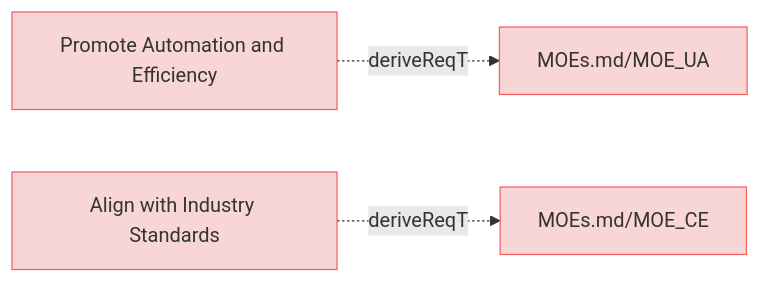
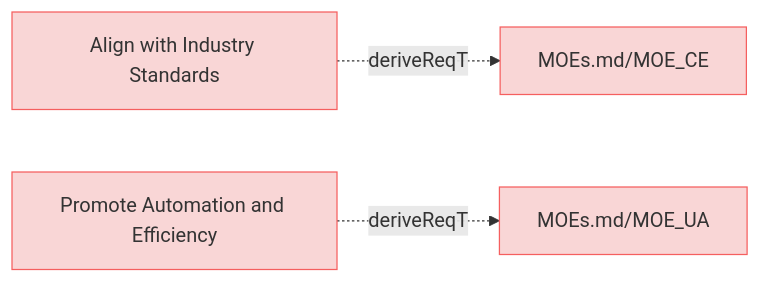
The diagram in specifications/MissionRequirements.md (reqvire-org/reqvire), drawn with Mermaid before and after one commit. The commit also changed 37 other files, not shown here.

Commit message:
Allow diagrams with blobs links when configured.

````diff
--- a/specifications/MissionRequirements.md
+++ b/specifications/MissionRequirements.md
@@ -5,23 +5,23 @@
 ```mermaid
 graph LR;
   %% Graph styling
   classDef requirement fill:#f9d6d6,stroke:#f55f5f,stroke-width:1px;
   classDef verification fill:#d6f9d6,stroke:#5fd75f,stroke-width:1px;
   classDef externalLink fill:#d0e0ff,stroke:#3080ff,stroke-width:1px;
   classDef default fill:#f5f5f5,stroke:#333333,stroke-width:1px;
 
-  c6a350266297241c["Promote Automation and Efficiency"];
-  click c6a350266297241c "MissionRequirements.md#promote-automation-and-efficiency";
-  class c6a350266297241c requirement;
-  6c33f565725d5e41["MOEs.md/MOE_UA"];
-  class 6c33f565725d5e41 requirement;
-  click 6c33f565725d5e41 "MOEs.md#moe_ua";
-  c6a350266297241c -.->|deriveReqT| 6c33f565725d5e41;
-  7bb378c4c85436b3["Align with Industry Standards"];
-  click 7bb378c4c85436b3 "MissionRequirements.md#align-with-industry-standards";
-  class 7bb378c4c85436b3 requirement;
-  ac59f565725d5e41["MOEs.md/MOE_CE"];
-  class ac59f565725d5e41 requirement;
-  click ac59f565725d5e41 "MOEs.md#moe_ce";
-  7bb378c4c85436b3 -.->|deriveReqT| ac59f565725d5e41;
+  b74eec7ed767e7c["Align with Industry Standards"];
+  click b74eec7ed767e7c "specifications/MissionRequirements.md#align-with-industry-standards#align-with-industry-standards";
+  class b74eec7ed767e7c requirement;
+  e9ad540a6411a0fc["MOEs.md/MOE_CE"];
+  class e9ad540a6411a0fc requirement;
+  click e9ad540a6411a0fc "specifications/MOEs.md#moe_ce#moe_ce";
+  b74eec7ed767e7c -.->|deriveReqT| e9ad540a6411a0fc;
+  80166c5161b33956["Promote Automation and Efficiency"];
+  click 80166c5161b33956 "specifications/MissionRequirements.md#promote-automation-and-efficiency#promote-automation-and-efficiency";
+  class 80166c5161b33956 requirement;
+  2c5f30f14e792200["MOEs.md/MOE_UA"];
+  class 2c5f30f14e792200 requirement;
+  click 2c5f30f14e792200 "specifications/MOEs.md#moe_ua#moe_ua";
+  80166c5161b33956 -.->|deriveReqT| 2c5f30f14e792200;
 ```
````
